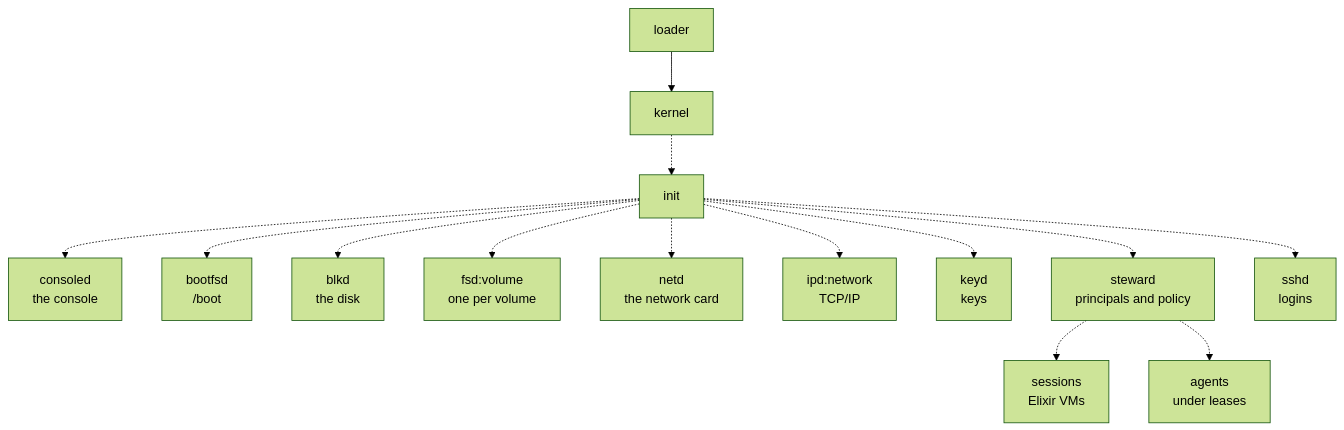
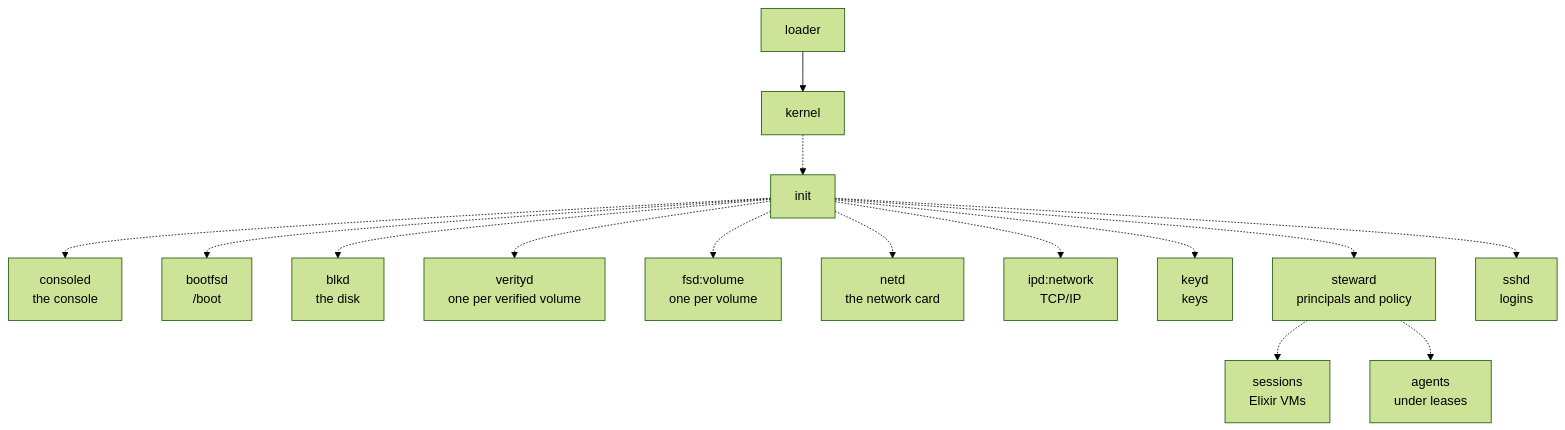
One commit to sirmick/redoubt changed the first of 3 diagrams in docs/servers/README.md. Above: the diagram before and after it, drawn with Mermaid (forest theme). The commit also changed other lines of this file and 15 other files, not shown here.

First line of the commit message:
verityd: a server that serves a volume only in blocks that check against its pinned root

````diff
--- a/docs/servers/README.md
+++ b/docs/servers/README.md
@@ -29,16 +29,17 @@
 ```mermaid
 flowchart TD
     L[loader] --> K[kernel]
     K -.-> I[init]
     I -.-> CO[consoled<br/>the console]
     I -.-> BF[bootfsd<br/>/boot]
     I -.-> BL[blkd<br/>the disk]
+    I -.-> VD[verityd<br/>one per verified volume]
     I -.-> FS[fsd:volume<br/>one per volume]
     I -.-> ND[netd<br/>the network card]
     I -.-> IP[ipd:network<br/>TCP/IP]
     I -.-> KD[keyd<br/>keys]
     I -.-> ST[steward<br/>principals and policy]
     I -.-> SS[sshd<br/>logins]
     ST -.-> SE[sessions<br/>Elixir VMs]
     ST -.-> AG[agents<br/>under leases]
 ```
````
